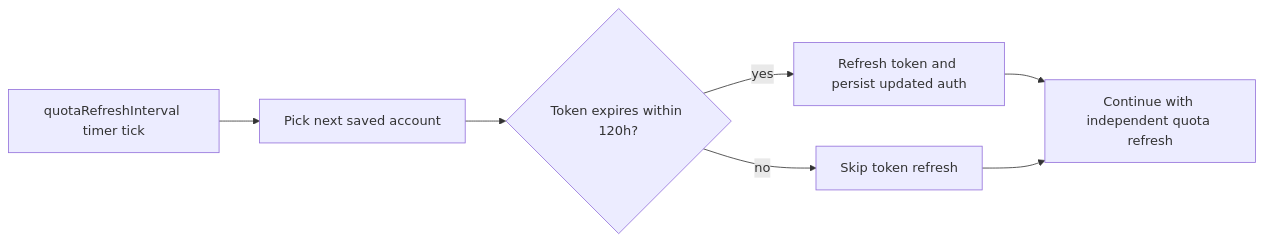
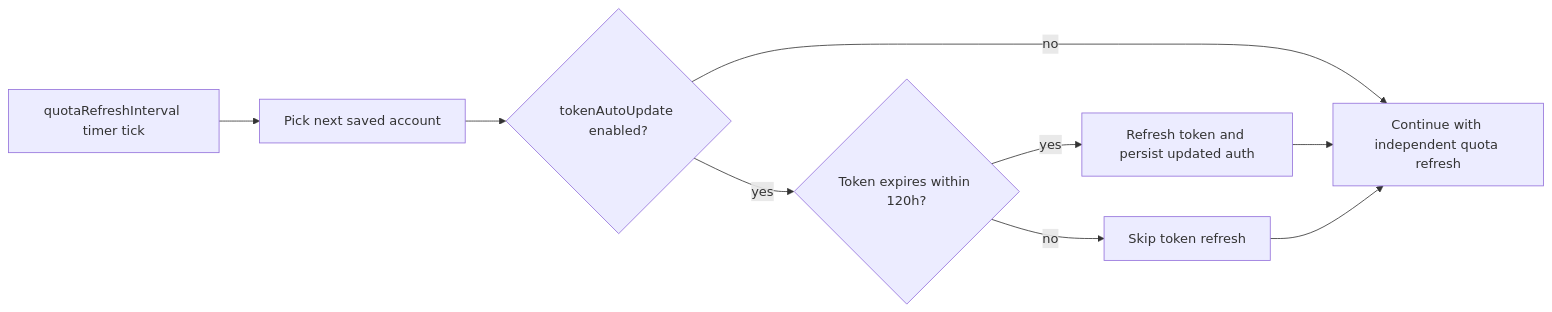
One commit to jqknono/codex-account-switch changed the diagram in docs/token-auto-refresh.md. Above: the diagram before and after it, drawn with Mermaid. The commit also changed other lines of this file and 21 other files, not shown here.

First line of the commit message:
feat(settings): add codex-account-switch.tokenAutoUpdate setting

````diff
--- a/docs/token-auto-refresh.md
+++ b/docs/token-auto-refresh.md
@@ -15,9 +16,11 @@
 ```mermaid
 flowchart LR
   A[quotaRefreshInterval timer tick] --> B[Pick next saved account]
-  B --> C{Token expires within 120h?}
+  B --> E{tokenAutoUpdate enabled?}
+  E -->|no| G[Continue with independent quota refresh]
+  E -->|yes| C{Token expires within 120h?}
   C -->|no| D[Skip token refresh]
   C -->|yes| F[Refresh token and persist updated auth]
   F --> G[Continue with independent quota refresh]
   D --> G
 ```
````
